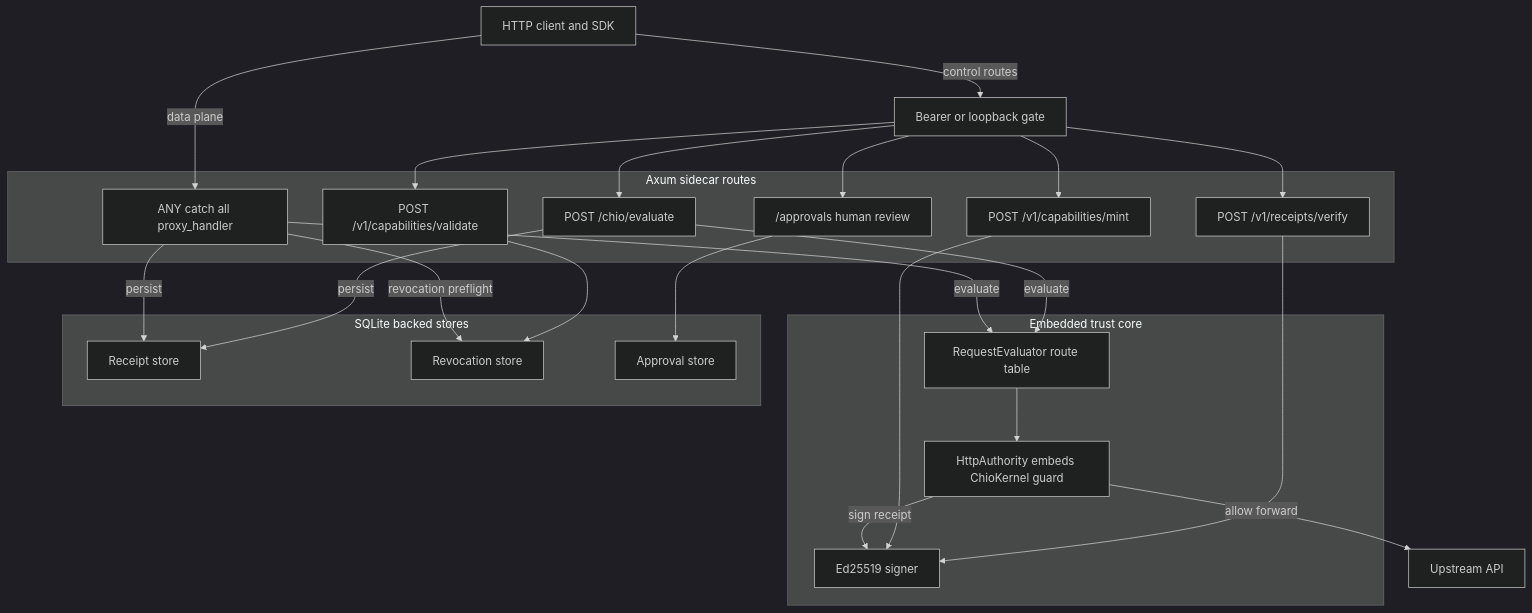
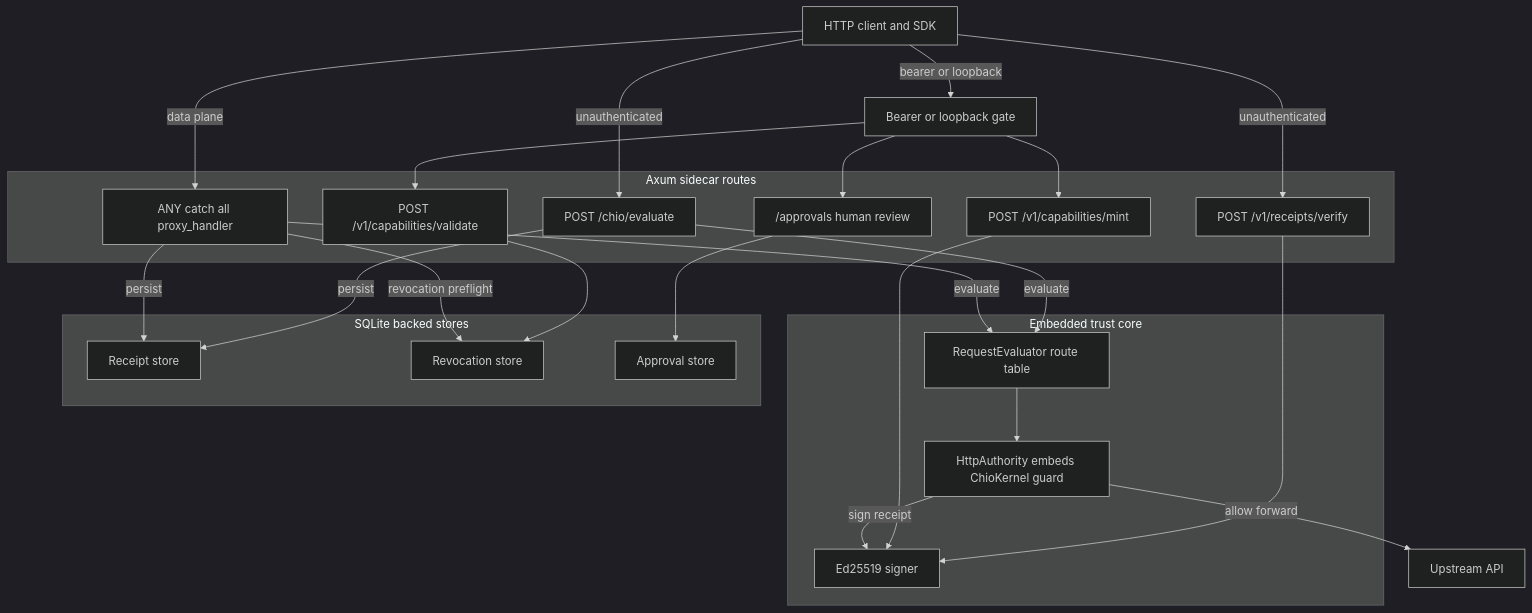
Before and after one commit to bb-connor/arc: the diagram in crates/products/chio-api-protect/ARCHITECTURE.md, drawn with Mermaid (dark theme).

Commit message:
docs(architecture): fix chio-api-protect auth gating in diagram
Per review: /chio/evaluate (sidecar_evaluate_handler) and
/v1/receipts/verify (sidecar_verify_receipt_handler) do NOT call
require_sidecar_control_request and have no route-layer gate, so they are
not behind the bearer/loopback control gate. Show them reaching the client
directly as unauthenticated routes. mint, validate, and the /approvals/*
routes stay gated (approvals via a route_layer require_sidecar_control
middleware in build_app).

````diff
--- a/crates/products/chio-api-protect/ARCHITECTURE.md
+++ b/crates/products/chio-api-protect/ARCHITECTURE.md
@@ -19,50 +19,50 @@
 ```mermaid
 flowchart TD
     client["HTTP client and SDK"]
     auth["Bearer or loopback gate"]
 
     subgraph sgRoutes["Axum sidecar routes"]
         proxy["ANY catch all proxy_handler"]
         evaluate["POST /chio/evaluate"]
         mint["POST /v1/capabilities/mint"]
         validate["POST /v1/capabilities/validate"]
         verifyrec["POST /v1/receipts/verify"]
         approvals["/approvals human review"]
     end
 
     subgraph sgCore["Embedded trust core"]
         evaluator["RequestEvaluator route table"]
         authority["HttpAuthority embeds ChioKernel guard"]
         signer["Ed25519 signer"]
     end
 
     subgraph sgStores["SQLite backed stores"]
         receipts["Receipt store"]
         revocation["Revocation store"]
         approvalstore["Approval store"]
     end
 
     upstream["Upstream API"]
 
     client -->|"data plane"| proxy
-    client -->|"control routes"| auth
-    auth --> evaluate
+    client -->|"unauthenticated"| evaluate
+    client -->|"unauthenticated"| verifyrec
+    client -->|"bearer or loopback"| auth
     auth --> mint
     auth --> validate
-    auth --> verifyrec
     auth --> approvals
 
     proxy -->|"revocation preflight"| revocation
     proxy -->|"evaluate"| evaluator
     evaluate -->|"evaluate"| evaluator
     evaluator --> authority
     authority -->|"sign receipt"| signer
     authority -->|"allow forward"| upstream
     proxy -->|"persist"| receipts
     evaluate -->|"persist"| receipts
 
     mint --> signer
     validate --> revocation
     verifyrec --> signer
     approvals --> approvalstore
 ```
````
